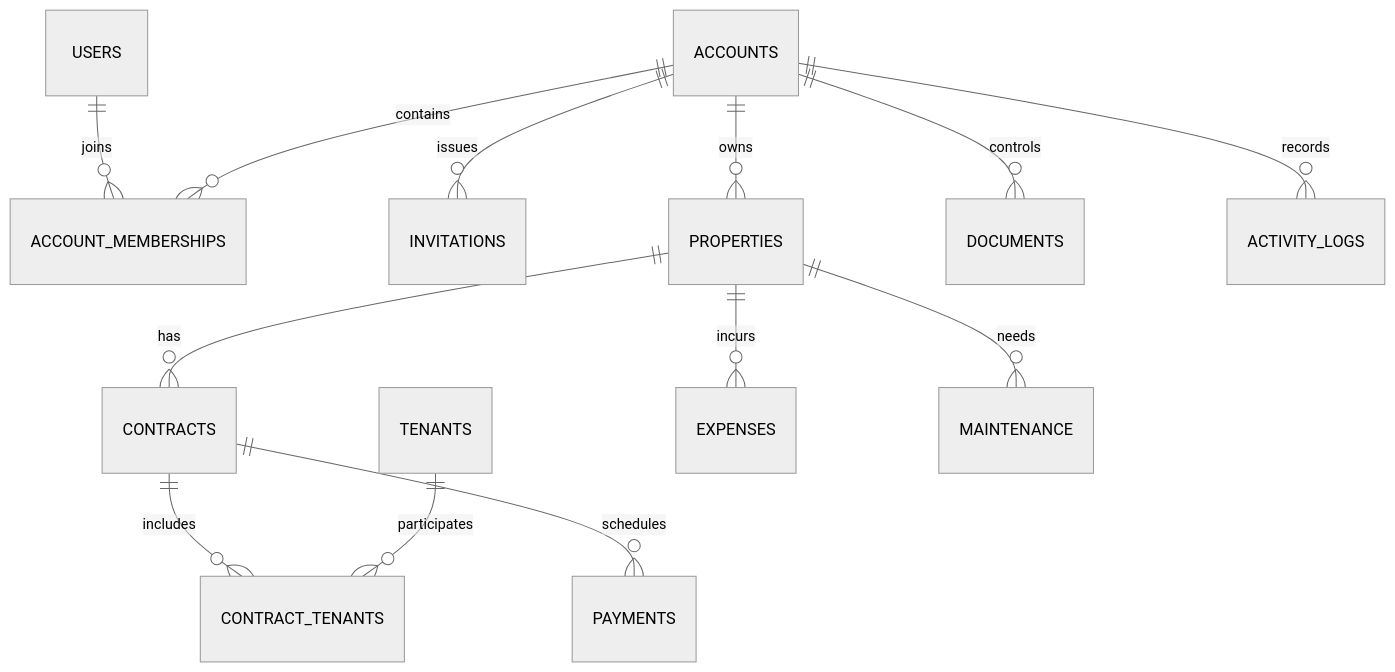
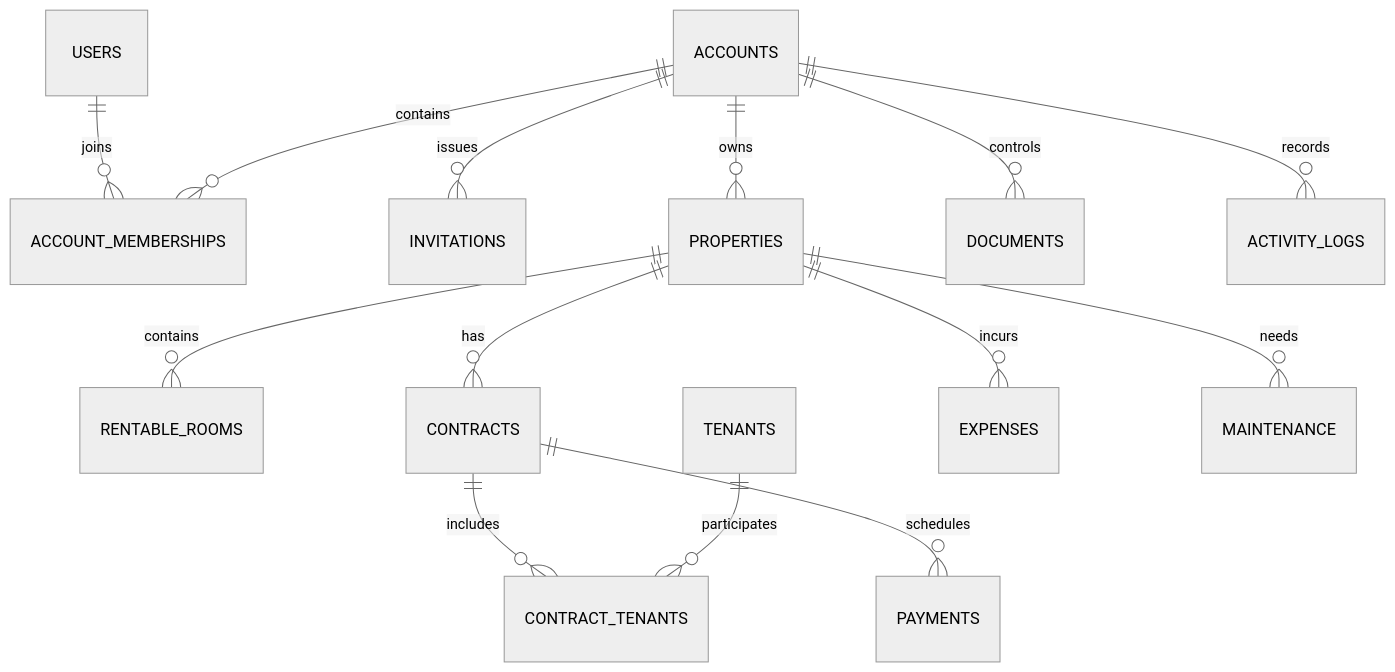
One commit to Cgcnnunes/rent-hub changed the diagram in docs/DATABASE.md. Above: the diagram before and after it, drawn with Mermaid (neutral theme). The commit also changed other lines of this file and 8 other files, not shown here.

````diff
--- a/docs/DATABASE.md
+++ b/docs/DATABASE.md
@@ -32,15 +32,16 @@
 ```mermaid
 erDiagram
     USERS ||--o{ ACCOUNT_MEMBERSHIPS : joins
     ACCOUNTS ||--o{ ACCOUNT_MEMBERSHIPS : contains
     ACCOUNTS ||--o{ INVITATIONS : issues
     ACCOUNTS ||--o{ PROPERTIES : owns
+    PROPERTIES ||--o{ RENTABLE_ROOMS : contains
     PROPERTIES ||--o{ CONTRACTS : has
     CONTRACTS ||--o{ CONTRACT_TENANTS : includes
     TENANTS ||--o{ CONTRACT_TENANTS : participates
     CONTRACTS ||--o{ PAYMENTS : schedules
     PROPERTIES ||--o{ EXPENSES : incurs
     PROPERTIES ||--o{ MAINTENANCE : needs
     ACCOUNTS ||--o{ DOCUMENTS : controls
     ACCOUNTS ||--o{ ACTIVITY_LOGS : records
 ```
````
